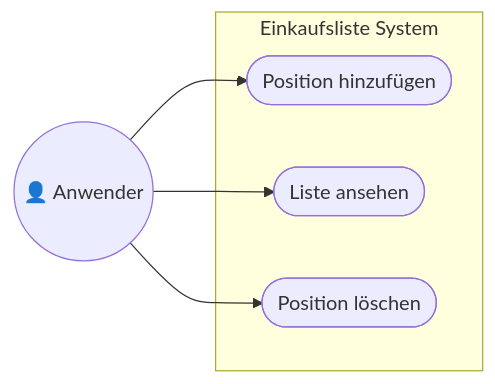
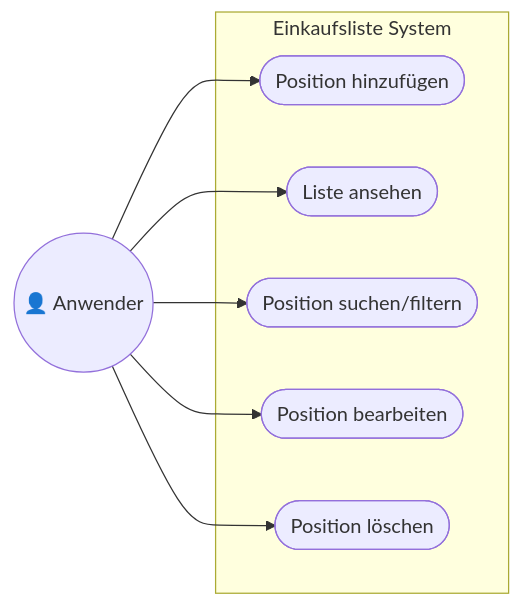
The fourth of 4 diagrams in 04_ShoppingList/docs/Architektur_Einkaufsliste.md (T-Boyke/C-Sharp-ASP-Fundamentals), drawn with Mermaid before and after one commit. The commit also changed other lines of this file and 2 other files, not shown here.

Commit message:
Docs: Update architecture and READMEs for new features

````diff
--- a/04_ShoppingList/docs/Architektur_Einkaufsliste.md
+++ b/04_ShoppingList/docs/Architektur_Einkaufsliste.md
@@ -113,14 +142,18 @@
 ```mermaid
 flowchart LR
     User((👤 Anwender))
     
     subgraph System ["Einkaufsliste System"]
         UC1([Position hinzufügen])
         UC2([Liste ansehen])
-        UC3([Position löschen])
+        UC3([Position suchen/filtern])
+        UC4([Position bearbeiten])
+        UC5([Position löschen])
     end
     
     User --> UC1
     User --> UC2
     User --> UC3
+    User --> UC4
+    User --> UC5
 ```
````
